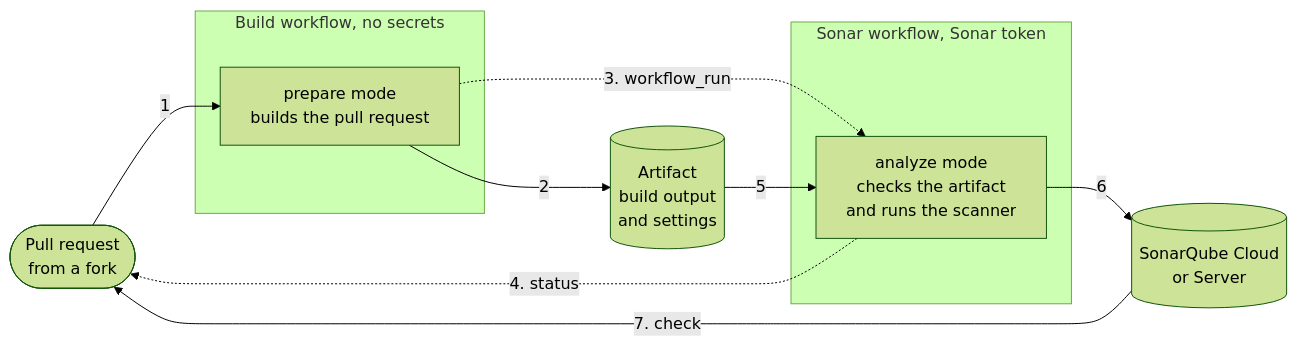
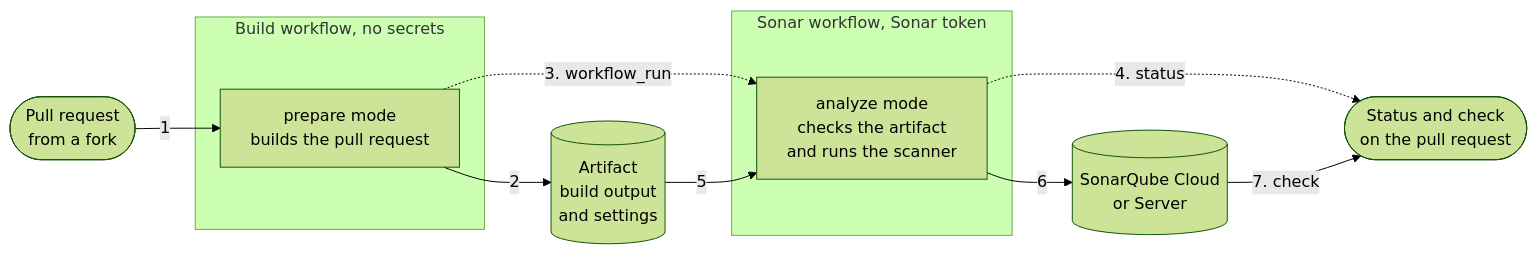
Before and after one commit to galois-groups/sonar-fork-analysis: the first of 2 diagrams in docs/how-it-works.md, drawn with Mermaid (forest theme). The commit also changed other lines of this file, not shown here.

````diff
--- a/docs/how-it-works.md
+++ b/docs/how-it-works.md
@@ -15,19 +15,20 @@
 ```mermaid
 flowchart LR
   pr(["Pull request<br/>from a fork"])
   subgraph build["Build workflow, no secrets"]
     prepare["prepare mode<br/>builds the pull request"]
   end
   artifact[("Artifact<br/>build output<br/>and settings")]
   subgraph sonar["Sonar workflow, Sonar token"]
     analyze["analyze mode<br/>checks the artifact<br/>and runs the scanner"]
   end
   server[("SonarQube Cloud<br/>or Server")]
+  checks(["Status and check<br/>on the pull request"])
   pr -- "1" --> prepare
   prepare -- "2" --> artifact
   prepare -. "3. workflow_run" .-> analyze
-  analyze -. "4. status" .-> pr
+  analyze -. "4. status" .-> checks
   artifact -- "5" --> analyze
   analyze -- "6" --> server
-  server -- "7. check" --> pr
+  server -- "7. check" --> checks
 ```
````
